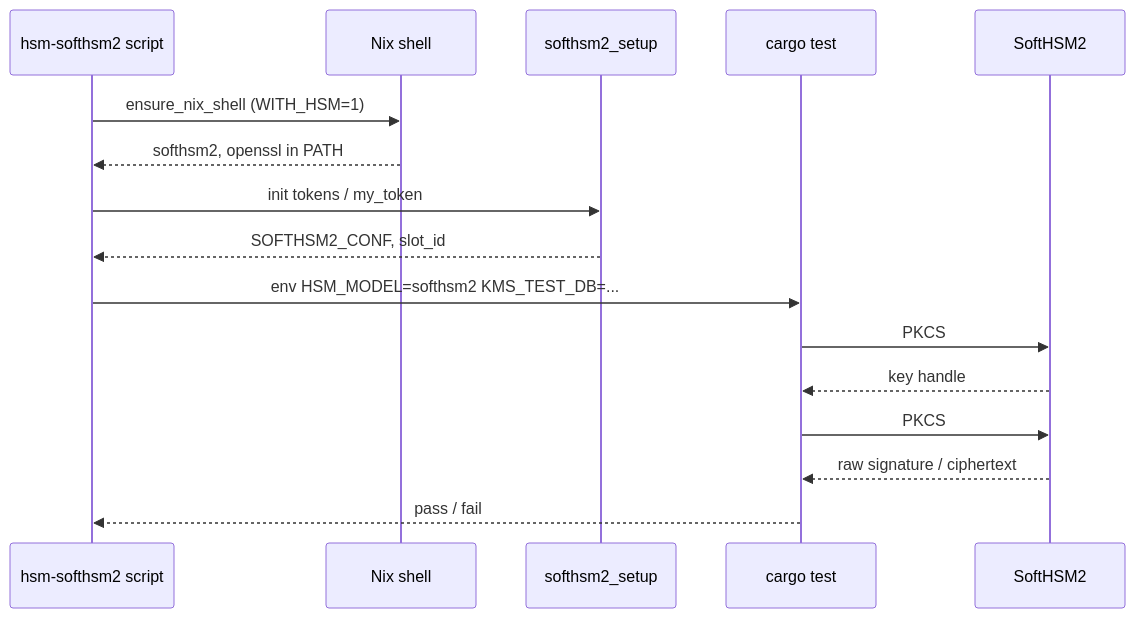
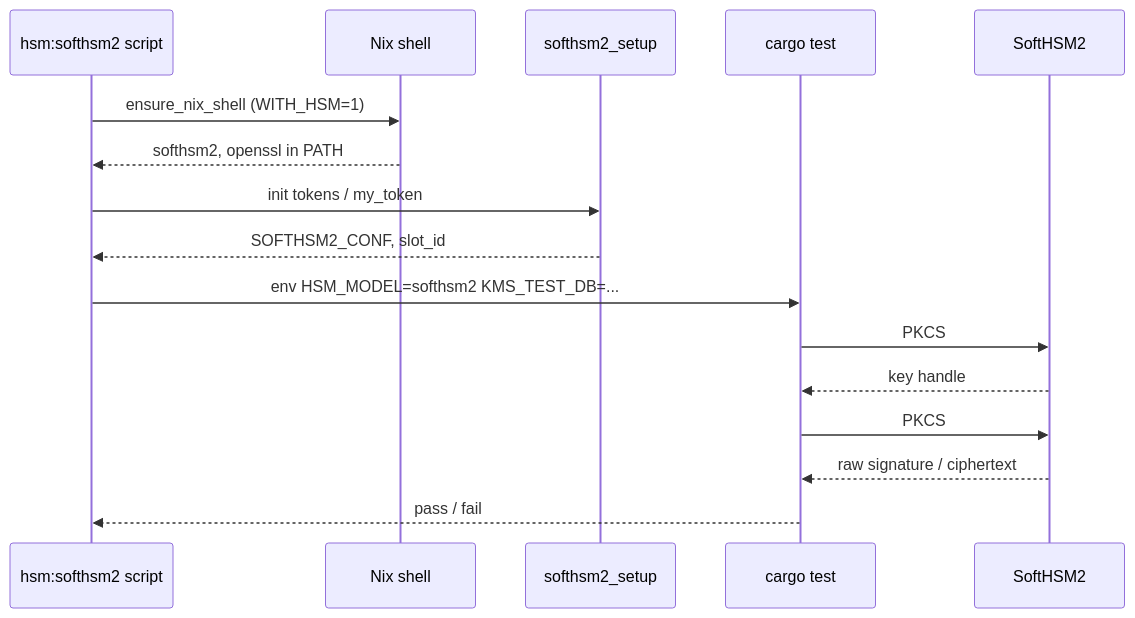
One commit to Cosmian/kms changed the fifth of 55 diagrams in .mise/tasks/test/README.md. Above: the diagram before and after it, drawn with Mermaid. The commit also changed other lines of this file and 301 other files, not shown here.

````diff
--- a/.mise/tasks/test/README.md
+++ b/.mise/tasks/test/README.md
@@ -214,19 +204,19 @@
 ```mermaid
 sequenceDiagram
-    participant Script as hsm-softhsm2 script
+    participant Script as hsm:softhsm2 script
     participant Nix as Nix shell
     participant Setup as softhsm2_setup
     participant Cargo as cargo test
     participant HSM as SoftHSM2
 
     Script->>Nix: ensure_nix_shell (WITH_HSM=1)
     Nix-->>Script: softhsm2, openssl in PATH
     Script->>Setup: init tokens / my_token
     Setup-->>Script: SOFTHSM2_CONF, slot_id
     Script->>Cargo: env HSM_MODEL=softhsm2 KMS_TEST_DB=...
     Cargo->>HSM: PKCS#11 create key
     HSM-->>Cargo: key handle
     Cargo->>HSM: PKCS#11 sign / encrypt
     HSM-->>Cargo: raw signature / ciphertext
     Cargo-->>Script: pass / fail
 ```
````
